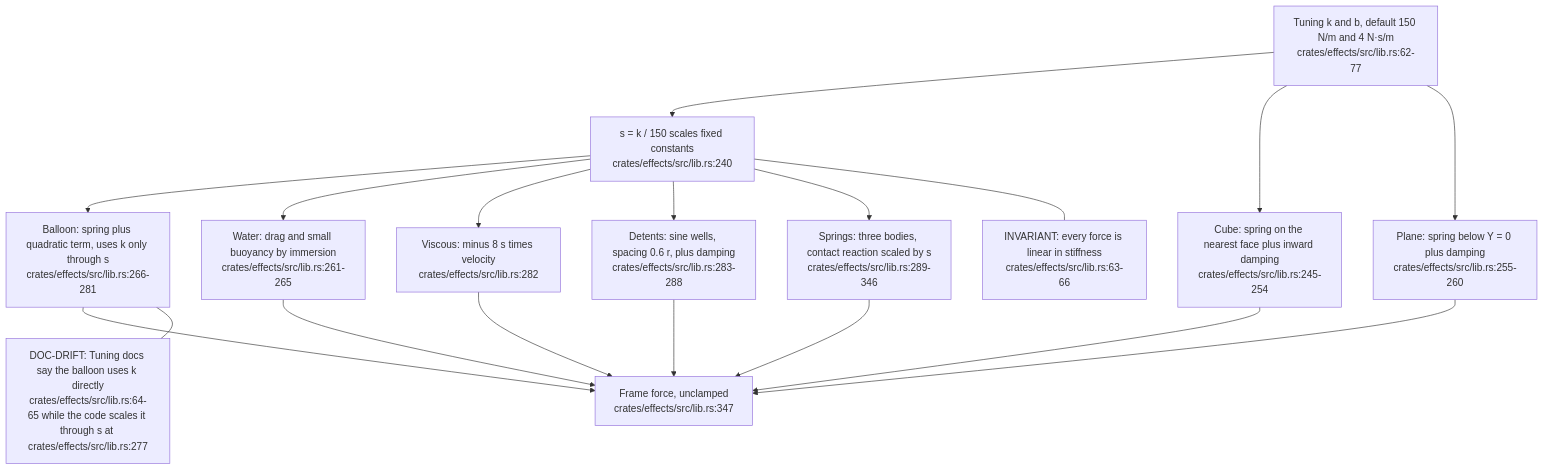
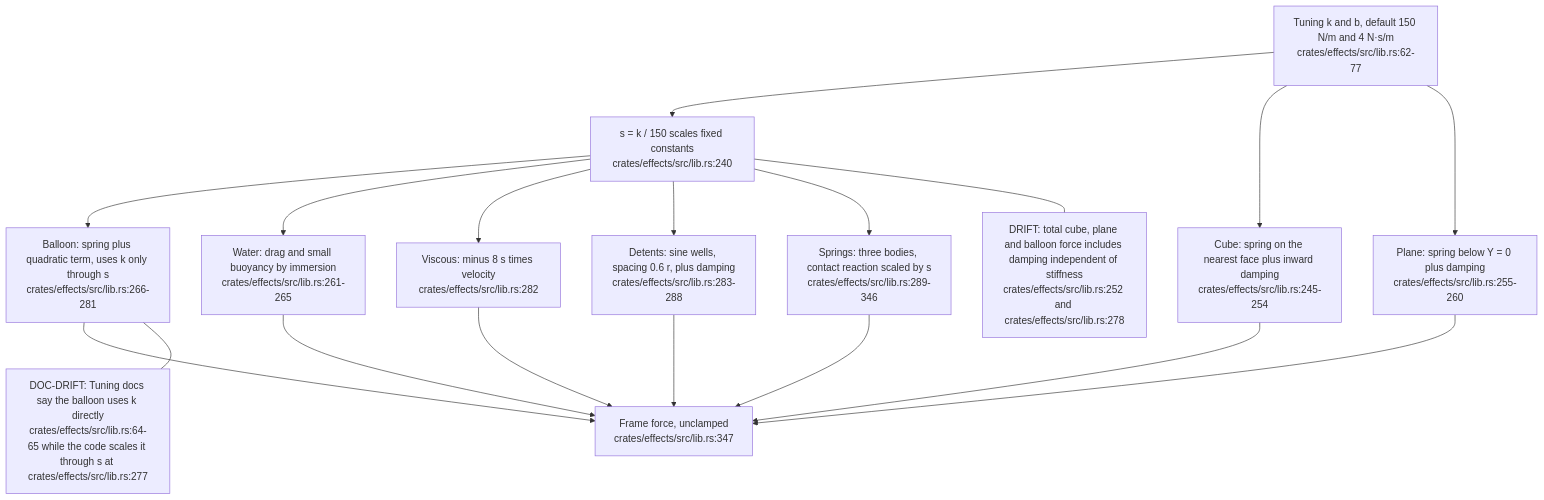
Before and after one commit to DreamLab-AI/VisionFlow: the second of 5 diagrams in docs/diagrams/visiontouch-rs/05-effects-and-force-models.md, drawn with Mermaid. The commit also changed other lines of this file and 27 other files, not shown here.

````diff
--- a/docs/diagrams/visiontouch-rs/05-effects-and-force-models.md
+++ b/docs/diagrams/visiontouch-rs/05-effects-and-force-models.md
@@ -51,32 +55,32 @@
 ```mermaid
 flowchart TB
     TU["Tuning k and b, default 150 N/m and 4 N·s/m<br/>crates/effects/src/lib.rs:62-77"]
     SC["s = k / 150 scales fixed constants<br/>crates/effects/src/lib.rs:240"]
     CU["Cube: spring on the nearest face plus inward damping<br/>crates/effects/src/lib.rs:245-254"]
     PL["Plane: spring below Y = 0 plus damping<br/>crates/effects/src/lib.rs:255-260"]
     BA["Balloon: spring plus quadratic term, uses k only through s<br/>crates/effects/src/lib.rs:266-281"]
     WA["Water: drag and small buoyancy by immersion<br/>crates/effects/src/lib.rs:261-265"]
     VI["Viscous: minus 8 s times velocity<br/>crates/effects/src/lib.rs:282"]
     DE["Detents: sine wells, spacing 0.6 r, plus damping<br/>crates/effects/src/lib.rs:283-288"]
     SP["Springs: three bodies, contact reaction scaled by s<br/>crates/effects/src/lib.rs:289-346"]
     OUT["Frame force, unclamped<br/>crates/effects/src/lib.rs:347"]
     TU --> SC
     TU --> CU
     TU --> PL
     SC --> BA
     SC --> WA
     SC --> VI
     SC --> DE
     SC --> SP
     CU --> OUT
     PL --> OUT
     BA --> OUT
     WA --> OUT
     VI --> OUT
     DE --> OUT
     SP --> OUT
-    N1["INVARIANT: every force is linear in stiffness<br/>crates/effects/src/lib.rs:63-66"]
+    N1["DRIFT: total cube, plane and balloon force includes damping independent of stiffness<br/>crates/effects/src/lib.rs:252 and crates/effects/src/lib.rs:278"]
     N2["DOC-DRIFT: Tuning docs say the balloon uses k directly<br/>crates/effects/src/lib.rs:64-65 while the code scales it through s at crates/effects/src/lib.rs:277"]
     SC --- N1
     BA --- N2
 ```
````
